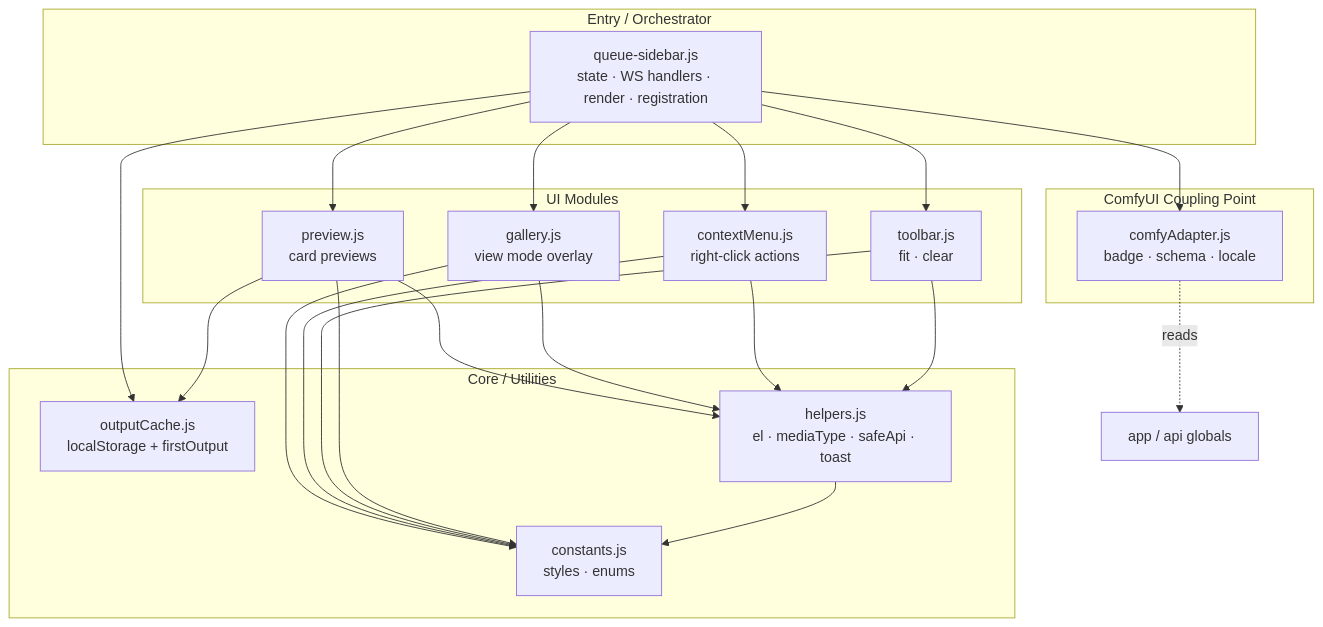
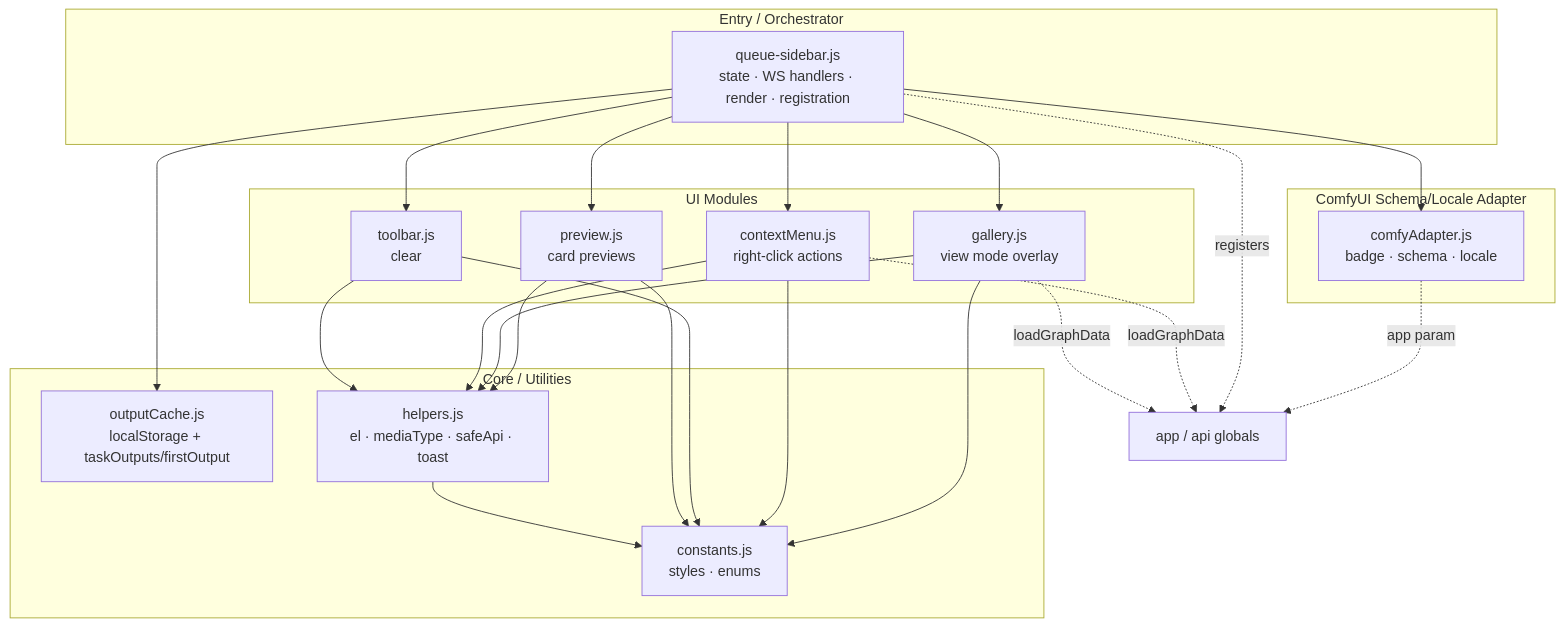
One commit to Zhen-Bo/comfyui_queue_sidebar changed the second of 5 diagrams in docs/ARCHITECTURE.md. Above: the diagram before and after it, drawn with Mermaid. The commit also changed other lines of this file and 26 other files, not shown here.

````diff
--- a/docs/ARCHITECTURE.md
+++ b/docs/ARCHITECTURE.md
@@ -47,41 +49,43 @@
 ```mermaid
 flowchart TB
     subgraph entry[Entry / Orchestrator]
         main[queue-sidebar.js<br/>state · WS handlers · render · registration]
     end
 
-    subgraph coupling[ComfyUI Coupling Point]
+    subgraph coupling[ComfyUI Schema/Locale Adapter]
         adapter[comfyAdapter.js<br/>badge · schema · locale]
     end
 
     subgraph uimod[UI Modules]
         preview[preview.js<br/>card previews]
         gallery[gallery.js<br/>view mode overlay]
         ctx[contextMenu.js<br/>right-click actions]
-        toolbar[toolbar.js<br/>fit · clear]
+        toolbar[toolbar.js<br/>clear]
     end
 
     subgraph core[Core / Utilities]
-        cache[outputCache.js<br/>localStorage + firstOutput]
+        cache[outputCache.js<br/>localStorage + taskOutputs/firstOutput]
         helpers[helpers.js<br/>el · mediaType · safeApi · toast]
         constants[constants.js<br/>styles · enums]
     end
 
     main --> adapter
     main --> preview
     main --> gallery
     main --> ctx
     main --> toolbar
     main --> cache
-    preview --> cache
     preview --> helpers
     gallery --> helpers
     gallery --> constants
     ctx --> helpers
     ctx --> constants
     toolbar --> helpers
     toolbar --> constants
     preview --> constants
-    adapter -.reads.-> comfyglobals[app / api globals]
+    adapter -.app param.-> comfyglobals[app / api globals]
+    main -.registers.-> comfyglobals
+    ctx -.loadGraphData.-> comfyglobals
+    gallery -.loadGraphData.-> comfyglobals
     helpers --> constants
 ```
````
